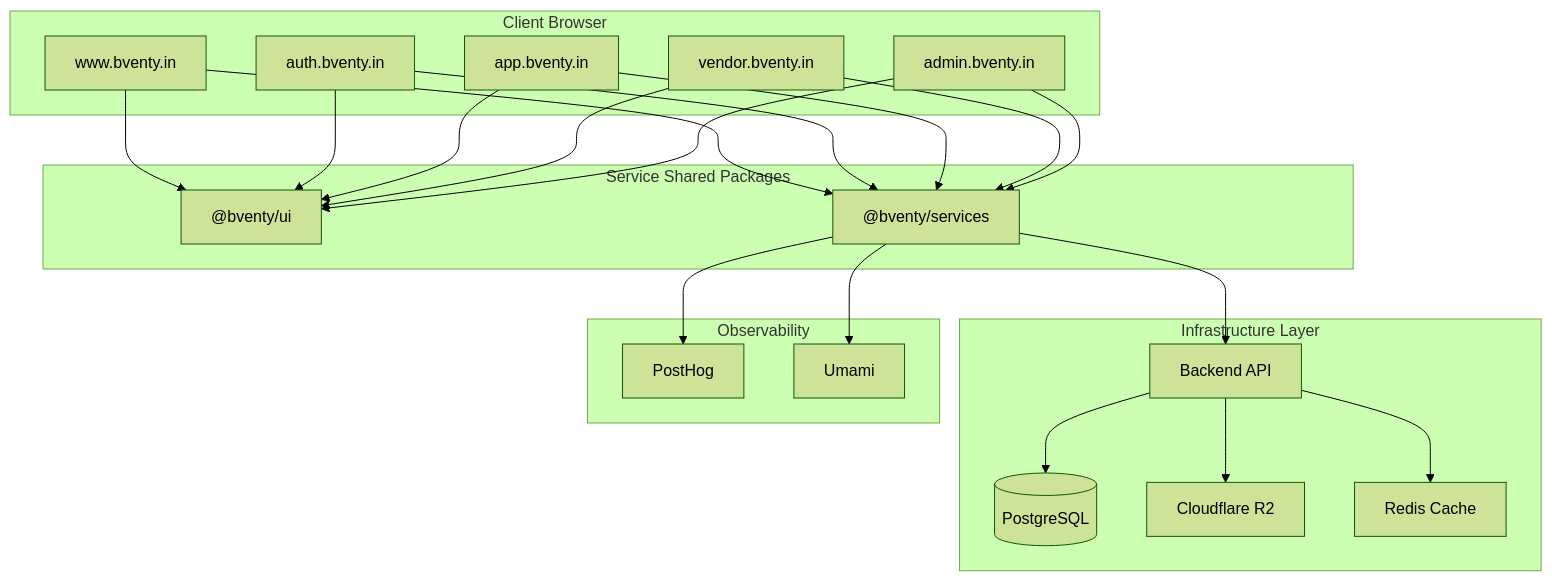
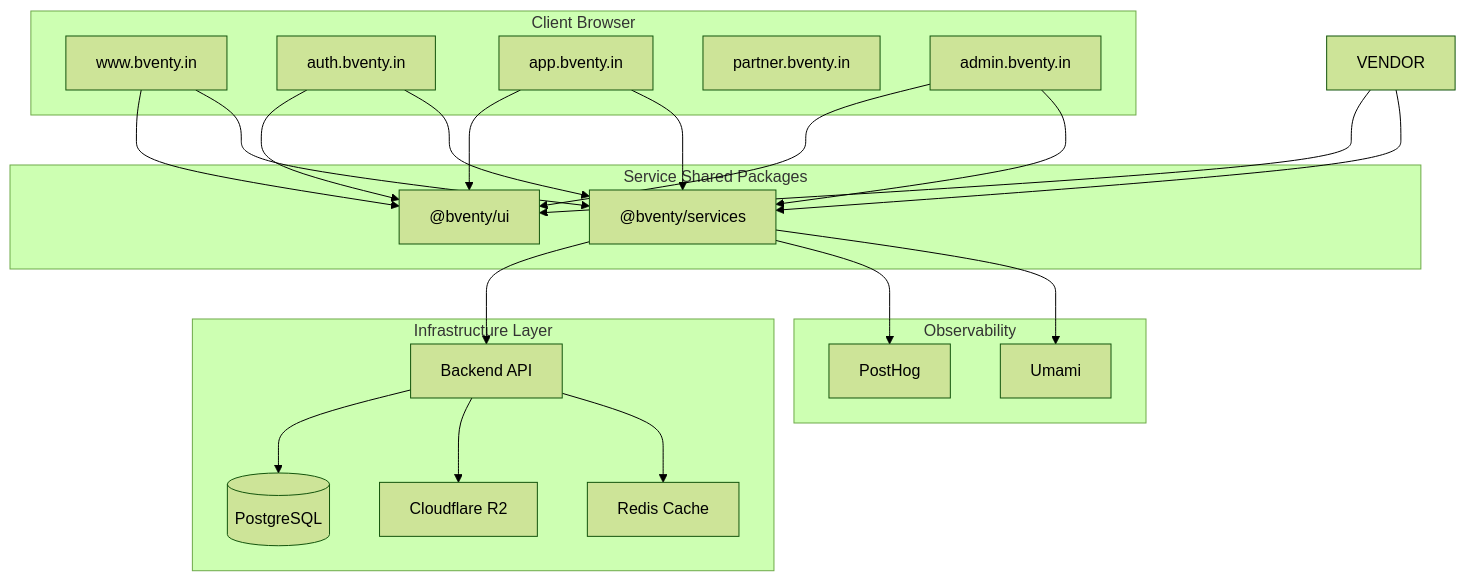
Before and after one commit to once-human/bventy-web: the second of 2 diagrams in README.md, drawn with Mermaid (forest theme). The commit also changed 4 other files, not shown here.

Commit message:
chore: migrate vendor subdomain to partner.bventy.in

````diff
--- a/README.md
+++ b/README.md
@@ -63,36 +63,36 @@
 ```mermaid
 graph TD
     subgraph Client Browser
         WWW[www.bventy.in]
         AUTH[auth.bventy.in]
         APP[app.bventy.in]
-        VENDOR[vendor.bventy.in]
+        PARTNER[partner.bventy.in]
         ADMIN[admin.bventy.in]
     end
 
     subgraph Service Shared Packages
         UI["@bventy/ui"]
         SVC["@bventy/services"]
     end
 
     subgraph Infrastructure Layer
         API[Backend API]
         DB[(PostgreSQL)]
         R2[Cloudflare R2]
         KV[Redis Cache]
     end
 
     subgraph Observability
         PH[PostHog]
         UM[Umami]
     end
 
     WWW & AUTH & APP & VENDOR & ADMIN --> UI
     WWW & AUTH & APP & VENDOR & ADMIN --> SVC
     SVC --> API
     API --> DB
     API --> R2
     API --> KV
     SVC --> PH
     SVC --> UM
 ```
````
